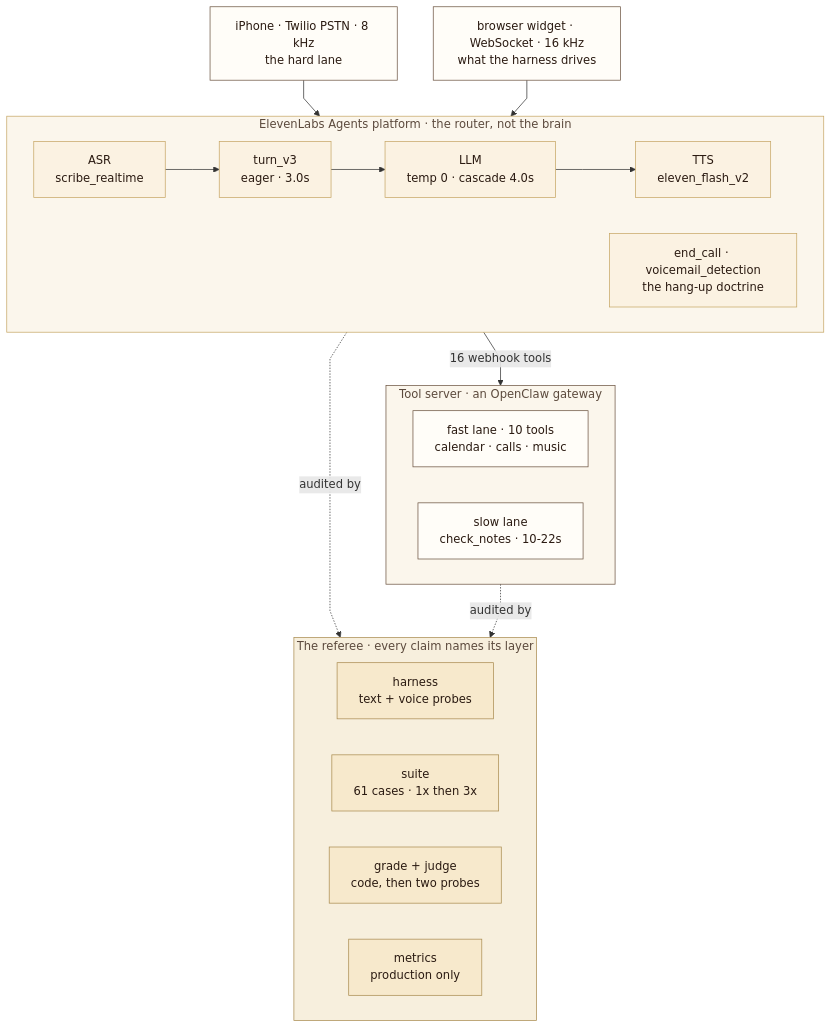
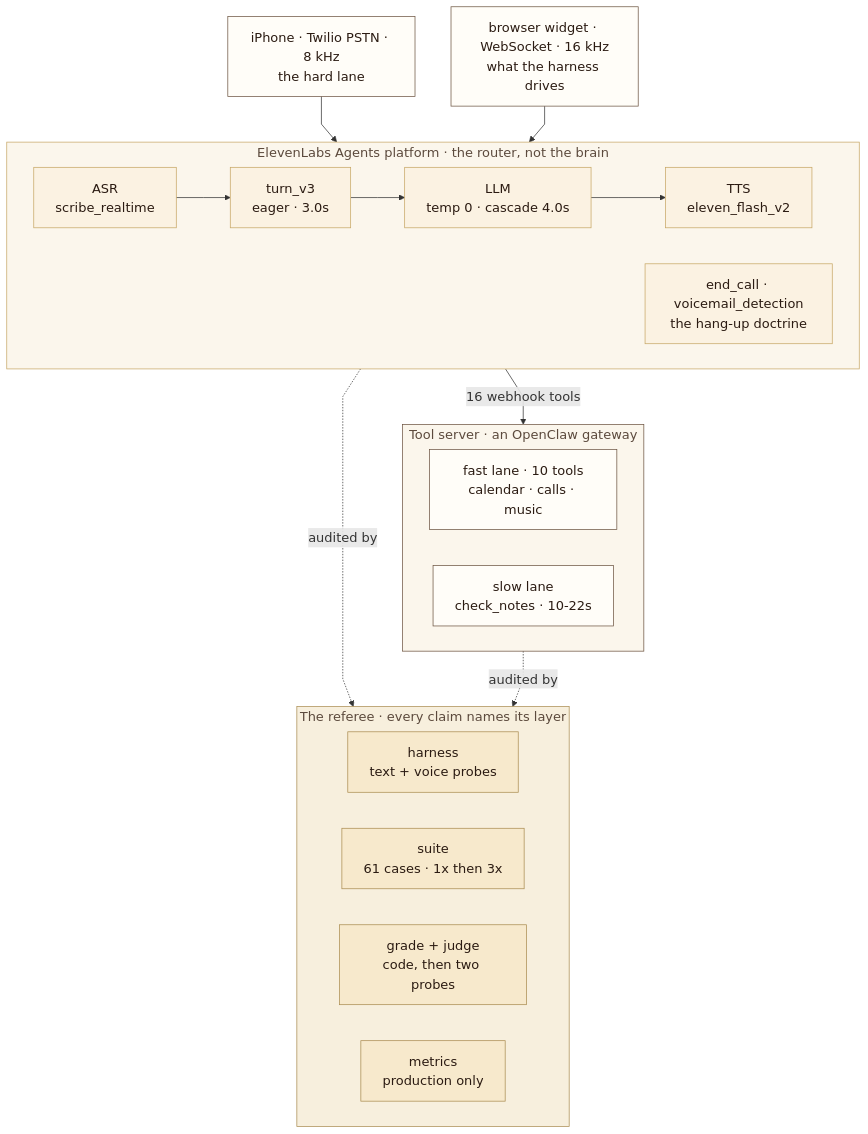
The diagram in README.md (jameswniu/realtime-voice-agent-turn-taking-stack), drawn with Mermaid before and after one commit. The commit also changed other lines of this file, not shown here.

Commit message:
soft-v2: demo intro links as synthetic testing at scale; larger mermaid type
The Hear her work intro now points at the receipts page under its real
name, synthetic testing at scale, instead of technical receipts page. The
architecture mermaid gets useMaxWidth false and an 18px base font so node
text stays readable at reduced zoom.

````diff
--- a/README.md
+++ b/README.md
@@ -46,44 +46,44 @@
 ```mermaid
-%%{init: {'flowchart': {'curve': 'linear'}}}%%
+%%{init: {'flowchart': {'curve': 'linear', 'useMaxWidth': false}, 'themeVariables': {'fontSize': '18px'}}}%%
 flowchart TD
     PSTN["iPhone · Twilio PSTN · 8 kHz<br/>the hard lane"]
     WS["browser widget · WebSocket · 16 kHz<br/>what the harness drives"]
 
     subgraph AGENT["ElevenLabs Agents platform · the router, not the brain"]
         direction LR
         ASR["ASR<br/>scribe_realtime"] --> TURN["turn_v3<br/>eager · 3.0s"] --> LLM["LLM<br/>temp 0 · cascade 4.0s"] --> TTS["TTS<br/>eleven_flash_v2"]
         SYS["end_call · voicemail_detection<br/>the hang-up doctrine"]
     end
 
     subgraph TOOLS["Tool server · an OpenClaw gateway"]
         direction LR
         FAST["fast lane · 10 tools<br/>calendar · calls · music"]
         SLOW["slow lane<br/>check_notes · 10-22s"]
     end
 
     subgraph REF["The referee · every claim names its layer"]
         direction LR
         HARN["harness<br/>text + voice probes"]
         SUITE["suite<br/>61 cases · 1x then 3x"]
         GJ["grade + judge<br/>code, then two probes"]
         MET["metrics<br/>production only"]
     end
 
     PSTN --> AGENT
     WS --> AGENT
     AGENT -->|"16 webhook tools"| TOOLS
     AGENT -.->|"audited by"| REF
     TOOLS -.->|"audited by"| REF
 
     classDef caller fill:#FFFDF8,stroke:#6B5340,color:#2B1B12
     classDef agent fill:#FBF2E2,stroke:#C6A664,color:#2B1B12
     classDef tool fill:#FFFDF8,stroke:#6B5340,color:#2B1B12
     classDef ref fill:#F7E9CC,stroke:#A98B4F,color:#2B1B12
     class PSTN,WS caller
     class ASR,TURN,LLM,TTS,SYS agent
     class FAST,SLOW tool
     class HARN,SUITE,GJ,MET ref
     style AGENT fill:#FBF6EC,stroke:#C6A664,color:#5C4A3D
     style TOOLS fill:#FBF6EC,stroke:#6B5340,color:#5C4A3D
     style REF fill:#F7EFDD,stroke:#A98B4F,color:#5C4A3D
 ```
````
